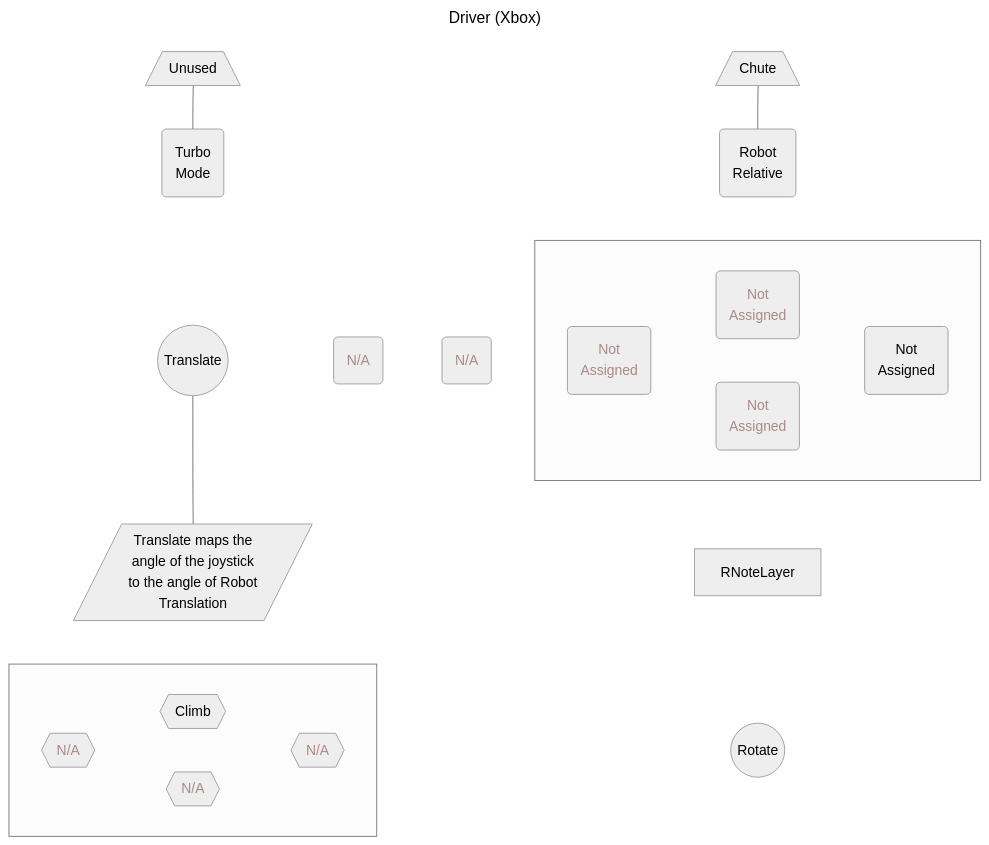
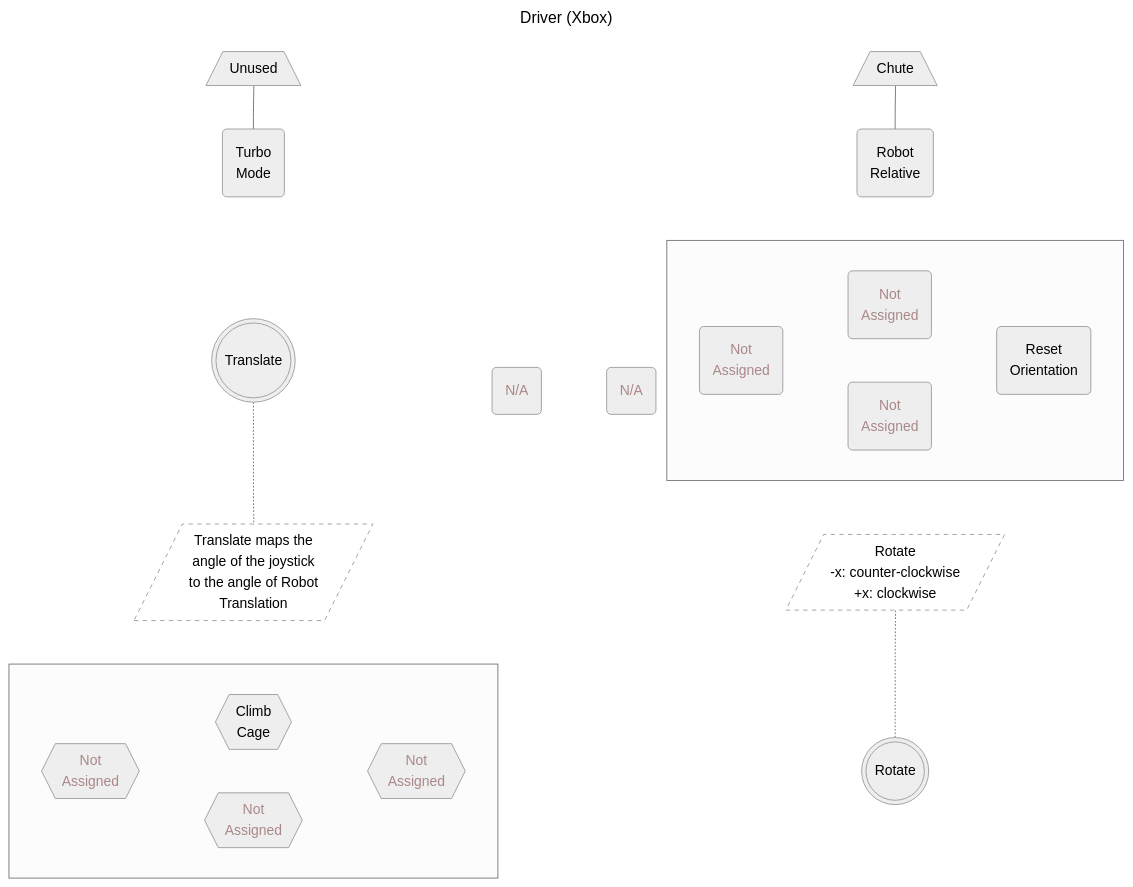
Before and after one commit to Raptacon/Robot-2025: the diagram in doc/controller_diagrams/driver_xbox_2025.mermaid, drawn with Mermaid (neutral theme).

Commit message:
formatting

```diff
--- a/doc/controller_diagrams/driver_xbox_2025.mermaid
+++ b/doc/controller_diagrams/driver_xbox_2025.mermaid
@@ -1,60 +1,70 @@
 ---
 title: Driver (Xbox)
 ---
 graph TB
     LT[/Unused\]
     NullTrigger:::hidden
     RT[/Chute\]
 
     LB("Turbo
         Mode")
     NullBumper:::hidden
     RB("Robot
         Relative")
 
-    LJs((Translate))
-    Start("N/A"):::na
-    Select("N/A"):::na
+    LJs(((Translate)))
+    subgraph controls[ ]
+        Start("N/A"):::na~~~Select("N/A"):::na
+    end
+    controls:::hidden
     subgraph buttons[ ]
         x("Not 
             Assigned"):::na
         y("Not 
             Assigned"):::na
         a("Not 
             Assigned"):::na
-        b("Not 
-            Assigned")
+        b("Reset 
+            Orientation")
 
         x~~~y~~~b
         x~~~a~~~b
     end
     
 
     LNoteLayer[/"Translate maps the
-                      angle of the joystick
-                      to the angle of Robot
-                      Translation"/]:::note
+                angle of the joystick
+                to the angle of Robot
+                Translation"/]:::note
     MNoteLayer:::hidden
-    RNoteLayer:::note
+    RNoteLayer[/"Rotate
+                -x: counter-clockwise
+                +x: clockwise"/]:::note
 
     subgraph dpad[ ]
-        dL{{"N/A"}}:::na
-        dU{{Climb}}
-        dD{{N/A}}:::na
-        dR{{N/A}}:::na
+        dL{{"Not 
+            Assigned"}}:::na
+        dU{{"Climb
+            Cage"}}
+        dD{{"Not 
+            Assigned"}}:::na
+        dR{{"Not 
+            Assigned"}}:::na
 
         dL~~~dU~~~dR
+        %% dL---dR
+    
         dL~~~dD~~~dR
     end
     NullBottom:::hidden
-    RJs((Rotate))
+    RJs(((Rotate)))
 
-    LT---LB~~~LJs---LNoteLayer~~~dpad
+    LT---LB~~~LJs-.-LNoteLayer~~~dpad
     NullTrigger~~~NullBumper
-        NullBumper~~~Start~~~MNoteLayer
-        NullBumper~~~Select~~~MNoteLayer
+        NullBumper~~~controls~~~MNoteLayer
         MNoteLayer~~~NullBottom
-    RT---RB~~~buttons~~~RNoteLayer~~~RJs
+    RT---RB~~~buttons~~~RNoteLayer-.-RJs
 
 classDef hidden display: none;
 classDef na color: #a88
+classDef note fill: #0000, stroke-dasharray: 5 5
```
